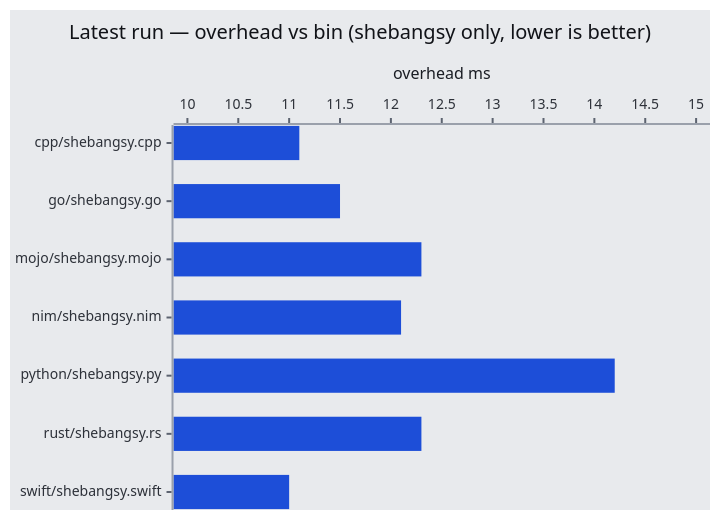
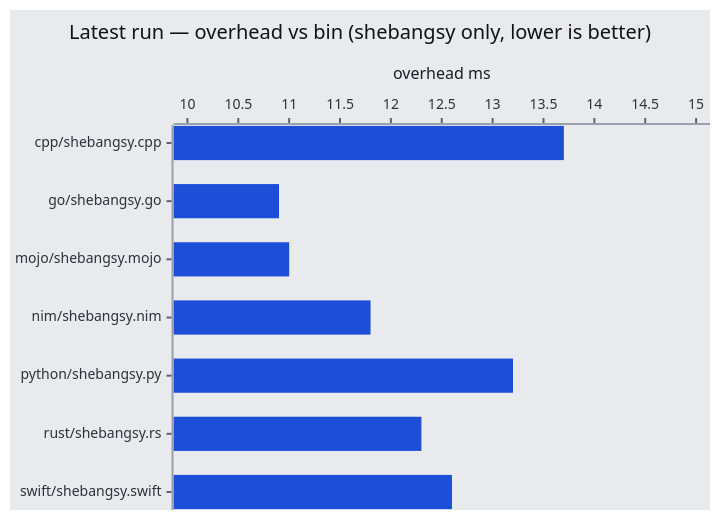
Before and after one commit to bdombro/shebangsy: the fourth of 5 diagrams in benches-report.md, drawn with Mermaid. The commit also changed other lines of this file and 18 other files, not shown here.

````diff
--- a/benches-report.md
+++ b/benches-report.md
@@ -103,23 +103,23 @@
 ```mermaid
 ---
 config:
   themeVariables:
     xyChart:
       backgroundColor: "#e8eaed"
       plotColorPalette: "#1d4ed8, #15803d, #a16207, #7c3aed, #b91c1c, #0e7490, #4338ca"
       titleColor: "#111318"
       xAxisLabelColor: "#2d3139"
       yAxisLabelColor: "#2d3139"
       xAxisTitleColor: "#1a1d24"
       yAxisTitleColor: "#1a1d24"
       xAxisLineColor: "#9aa0ab"
       yAxisLineColor: "#9aa0ab"
       xAxisTickColor: "#5c6370"
       yAxisTickColor: "#5c6370"
 ---
 xychart-beta horizontal
     title "Latest run — overhead vs bin (shebangsy only, lower is better)"
     x-axis ["cpp/shebangsy.cpp", "go/shebangsy.go", "mojo/shebangsy.mojo", "nim/shebangsy.nim", "python/shebangsy.py", "rust/shebangsy.rs", "swift/shebangsy.swift"]
     y-axis "overhead ms" 10 --> 15
-    bar [11.1, 11.5, 12.3, 12.1, 14.2, 12.3, 11.0]
+    bar [13.7, 10.9, 11.0, 11.8, 13.2, 12.3, 12.6]
 ```
````
